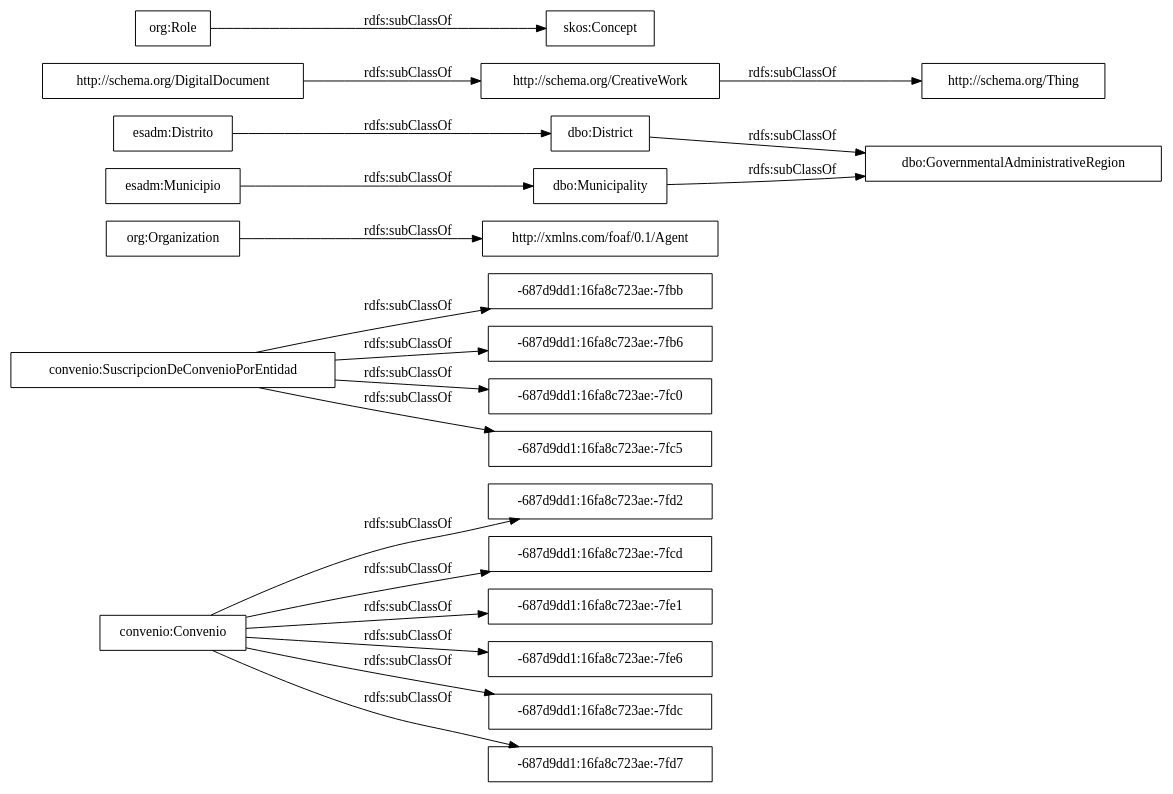
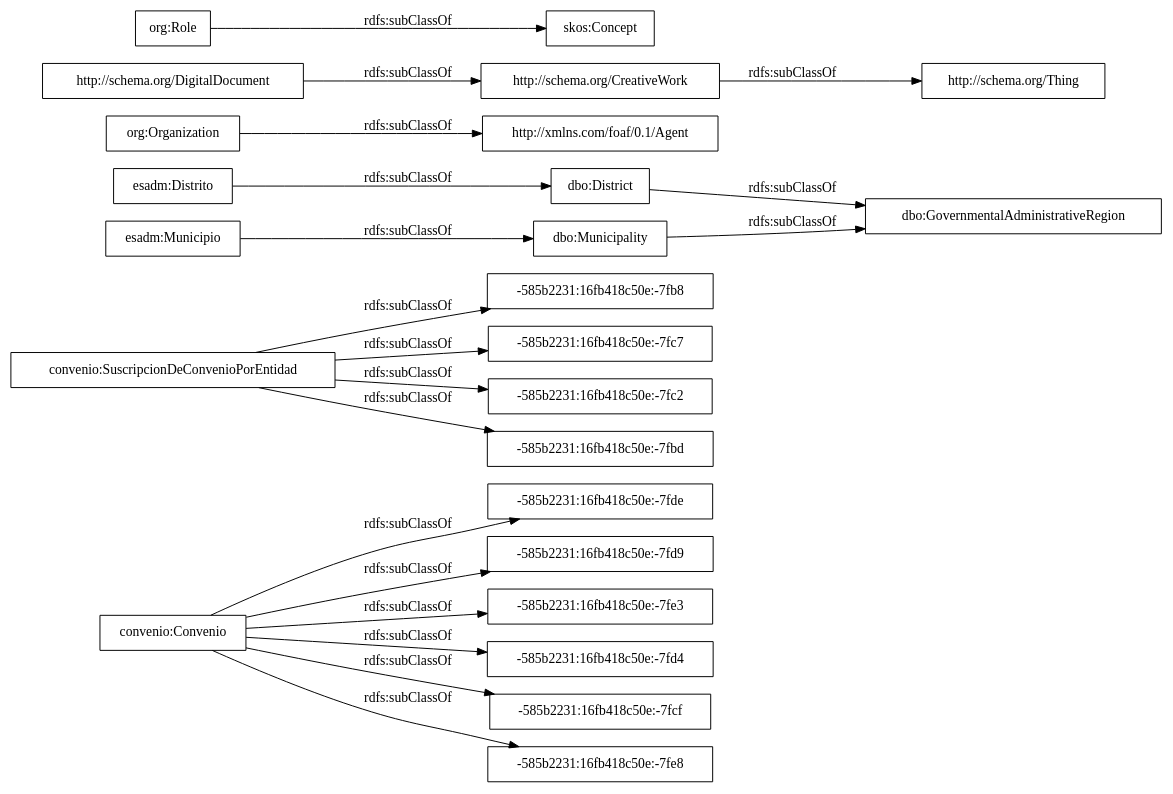
Before and after one commit to opencitydata/sector-publico-convenio-old: the diagram in OnToology/ontology/convenio.owl/diagrams/ar2dtool-taxonomy/convenio.owl.png.dot, drawn with Graphviz. The commit also changed 13 other files, not shown here.

```diff
--- a/OnToology/ontology/convenio.owl/diagrams/ar2dtool-taxonomy/convenio.owl.png.dot
+++ b/OnToology/ontology/convenio.owl/diagrams/ar2dtool-taxonomy/convenio.owl.png.dot
@@ -1,24 +1,24 @@
 digraph ar2dtool_diagram { 
 rankdir=LR;
 size="1000"
-node [shape = rectangle, color="black"]; "convenio:Convenio" "-687d9dd1:16fa8c723ae:-7fbb" "-687d9dd1:16fa8c723ae:-7fd2" "http://xmlns.com/foaf/0.1/Agent" "dbo:GovernmentalAdministrativeRegion" "-687d9dd1:16fa8c723ae:-7fcd" "-687d9dd1:16fa8c723ae:-7fe1" "http://schema.org/CreativeWork" "-687d9dd1:16fa8c723ae:-7fb6" "dbo:District" "-687d9dd1:16fa8c723ae:-7fe6" "-687d9dd1:16fa8c723ae:-7fc0" "-687d9dd1:16fa8c723ae:-7fdc" "convenio:SuscripcionDeConvenioPorEntidad" "http://schema.org/DigitalDocument" "http://schema.org/Thing" "esadm:Distrito" "dbo:Municipality" "skos:Concept" "esadm:Municipio" "org:Role" "org:Organization" "-687d9dd1:16fa8c723ae:-7fc5" "-687d9dd1:16fa8c723ae:-7fd7" ; /*classes style*/
-	"convenio:Convenio" -> "-687d9dd1:16fa8c723ae:-7fdc" [ label = "rdfs:subClassOf" ];
-	"convenio:Convenio" -> "-687d9dd1:16fa8c723ae:-7fe1" [ label = "rdfs:subClassOf" ];
-	"convenio:Convenio" -> "-687d9dd1:16fa8c723ae:-7fd7" [ label = "rdfs:subClassOf" ];
-	"convenio:Convenio" -> "-687d9dd1:16fa8c723ae:-7fcd" [ label = "rdfs:subClassOf" ];
-	"convenio:Convenio" -> "-687d9dd1:16fa8c723ae:-7fd2" [ label = "rdfs:subClassOf" ];
-	"convenio:Convenio" -> "-687d9dd1:16fa8c723ae:-7fe6" [ label = "rdfs:subClassOf" ];
+node [shape = rectangle, color="black"]; "-585b2231:16fb418c50e:-7fde" "convenio:Convenio" "-585b2231:16fb418c50e:-7fd9" "-585b2231:16fb418c50e:-7fb8" "-585b2231:16fb418c50e:-7fe3" "-585b2231:16fb418c50e:-7fc7" "dbo:GovernmentalAdministrativeRegion" "http://xmlns.com/foaf/0.1/Agent" "http://schema.org/CreativeWork" "-585b2231:16fb418c50e:-7fc2" "-585b2231:16fb418c50e:-7fbd" "-585b2231:16fb418c50e:-7fd4" "dbo:District" "-585b2231:16fb418c50e:-7fcf" "convenio:SuscripcionDeConvenioPorEntidad" "http://schema.org/DigitalDocument" "http://schema.org/Thing" "esadm:Distrito" "dbo:Municipality" "-585b2231:16fb418c50e:-7fe8" "skos:Concept" "esadm:Municipio" "org:Organization" "org:Role" ; /*classes style*/
+	"convenio:Convenio" -> "-585b2231:16fb418c50e:-7fcf" [ label = "rdfs:subClassOf" ];
+	"convenio:Convenio" -> "-585b2231:16fb418c50e:-7fe8" [ label = "rdfs:subClassOf" ];
+	"convenio:Convenio" -> "-585b2231:16fb418c50e:-7fde" [ label = "rdfs:subClassOf" ];
+	"convenio:Convenio" -> "-585b2231:16fb418c50e:-7fd4" [ label = "rdfs:subClassOf" ];
+	"convenio:Convenio" -> "-585b2231:16fb418c50e:-7fd9" [ label = "rdfs:subClassOf" ];
+	"convenio:Convenio" -> "-585b2231:16fb418c50e:-7fe3" [ label = "rdfs:subClassOf" ];
 	"org:Organization" -> "http://xmlns.com/foaf/0.1/Agent" [ label = "rdfs:subClassOf" ];
 	"http://schema.org/CreativeWork" -> "http://schema.org/Thing" [ label = "rdfs:subClassOf" ];
 	"org:Role" -> "skos:Concept" [ label = "rdfs:subClassOf" ];
-	"convenio:SuscripcionDeConvenioPorEntidad" -> "-687d9dd1:16fa8c723ae:-7fc0" [ label = "rdfs:subClassOf" ];
-	"convenio:SuscripcionDeConvenioPorEntidad" -> "-687d9dd1:16fa8c723ae:-7fbb" [ label = "rdfs:subClassOf" ];
-	"convenio:SuscripcionDeConvenioPorEntidad" -> "-687d9dd1:16fa8c723ae:-7fb6" [ label = "rdfs:subClassOf" ];
-	"convenio:SuscripcionDeConvenioPorEntidad" -> "-687d9dd1:16fa8c723ae:-7fc5" [ label = "rdfs:subClassOf" ];
+	"convenio:SuscripcionDeConvenioPorEntidad" -> "-585b2231:16fb418c50e:-7fc2" [ label = "rdfs:subClassOf" ];
+	"convenio:SuscripcionDeConvenioPorEntidad" -> "-585b2231:16fb418c50e:-7fb8" [ label = "rdfs:subClassOf" ];
+	"convenio:SuscripcionDeConvenioPorEntidad" -> "-585b2231:16fb418c50e:-7fc7" [ label = "rdfs:subClassOf" ];
+	"convenio:SuscripcionDeConvenioPorEntidad" -> "-585b2231:16fb418c50e:-7fbd" [ label = "rdfs:subClassOf" ];
 	"esadm:Distrito" -> "dbo:District" [ label = "rdfs:subClassOf" ];
 	"dbo:Municipality" -> "dbo:GovernmentalAdministrativeRegion" [ label = "rdfs:subClassOf" ];
 	"dbo:District" -> "dbo:GovernmentalAdministrativeRegion" [ label = "rdfs:subClassOf" ];
 	"http://schema.org/DigitalDocument" -> "http://schema.org/CreativeWork" [ label = "rdfs:subClassOf" ];
 	"esadm:Municipio" -> "dbo:Municipality" [ label = "rdfs:subClassOf" ];
 
 }
```
